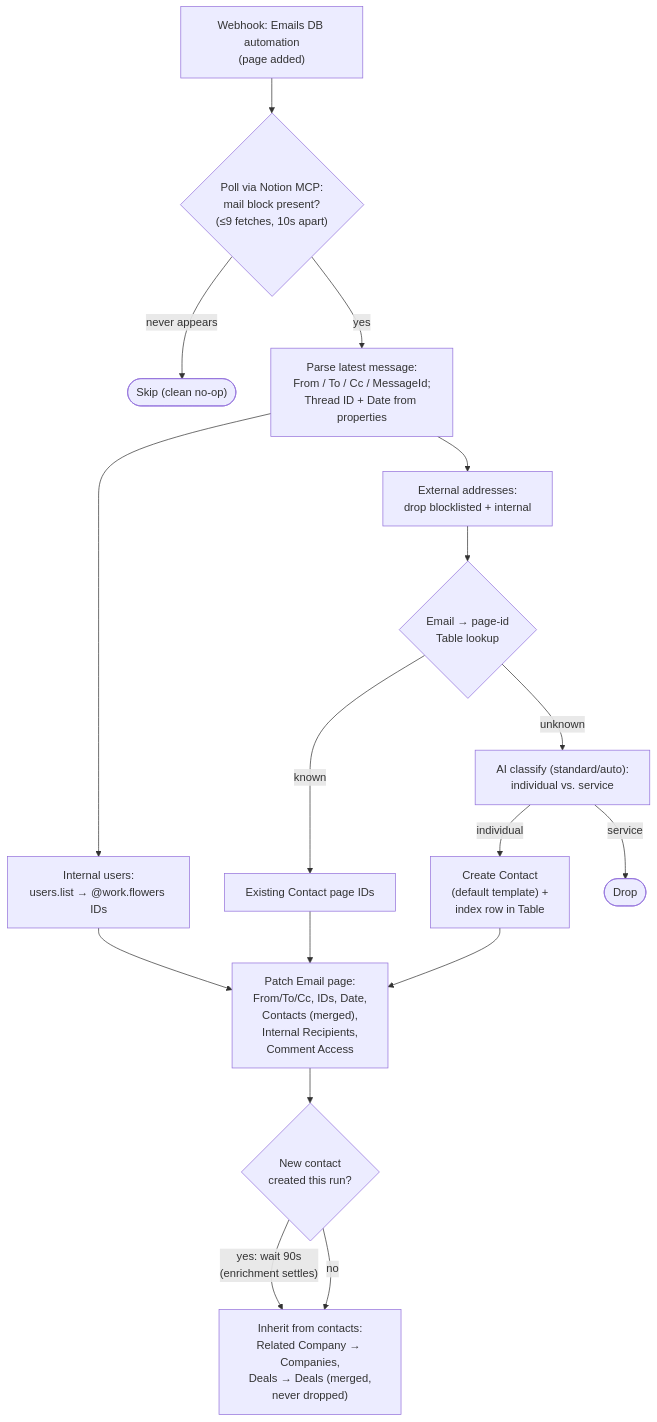
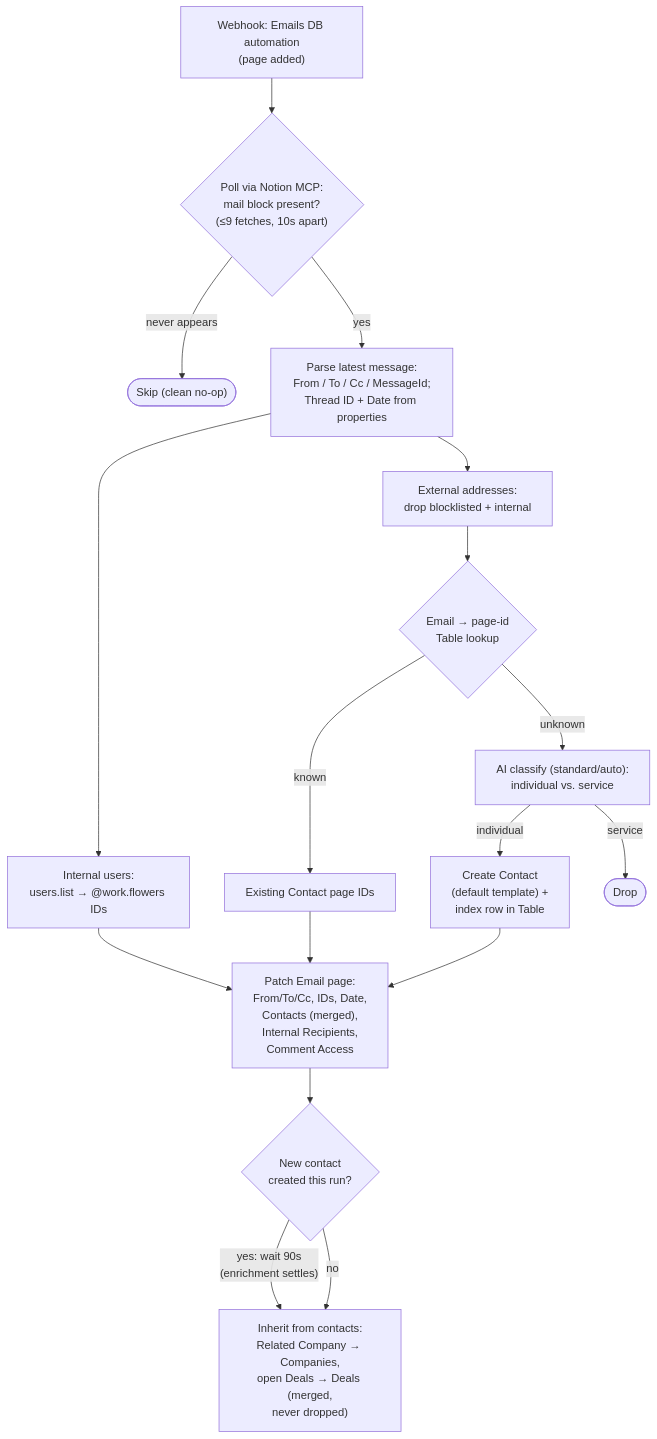
One commit to work-flowers/zapier-sdk changed the diagram in email-db-updates/README.md. Above: the diagram before and after it, drawn with Mermaid. The commit also changed other lines of this file and 2 other files, not shown here.

Commit message:
feat: narrow Deals inheritance to open deals only
A candidate deal (not already on the email) is fetched and its Status
checked: Closed Won / Closed Lost / Declined are skipped. The closed set
is enumerated rather than the open one, so a future open-pipeline status
passes through automatically; a deal whose status can't be read is
linked with a log line rather than silently dropped. Deals already on
the email are never removed.

Published as version 019fa2bd-d179-70b0-a120-dd537a6af972. Verified
live: re-running on an email whose contact carries a Closed Won deal
produced dealsAdded=0.

````diff
--- a/email-db-updates/README.md
+++ b/email-db-updates/README.md
@@ -20,19 +20,19 @@
 ```mermaid
 flowchart TD
     A["Webhook: Emails DB automation<br/>(page added)"] --> B{"Poll via Notion MCP:<br/>mail block present?<br/>(≤9 fetches, 10s apart)"}
     B -- "never appears" --> S(["Skip (clean no-op)"])
     B -- yes --> C["Parse latest message:<br/>From / To / Cc / MessageId;<br/>Thread ID + Date from properties"]
     C --> D["Internal users:<br/>users.list → @work.flowers IDs"]
     C --> E["External addresses:<br/>drop blocklisted + internal"]
     E --> F{"Email → page-id<br/>Table lookup"}
     F -- known --> G["Existing Contact page IDs"]
     F -- unknown --> H["AI classify (standard/auto):<br/>individual vs. service"]
     H -- individual --> I["Create Contact<br/>(default template) +<br/>index row in Table"]
     H -- service --> J(["Drop"])
     D --> K
     G --> K
     I --> K["Patch Email page:<br/>From/To/Cc, IDs, Date,<br/>Contacts (merged),<br/>Internal Recipients,<br/>Comment Access"]
     K --> L{"New contact<br/>created this run?"}
     L -- "yes: wait 90s<br/>(enrichment settles)" --> M
-    L -- no --> M["Inherit from contacts:<br/>Related Company → Companies,<br/>Deals → Deals (merged,<br/>never dropped)"]
+    L -- no --> M["Inherit from contacts:<br/>Related Company → Companies,<br/>open Deals → Deals (merged,<br/>never dropped)"]
 ```
````
